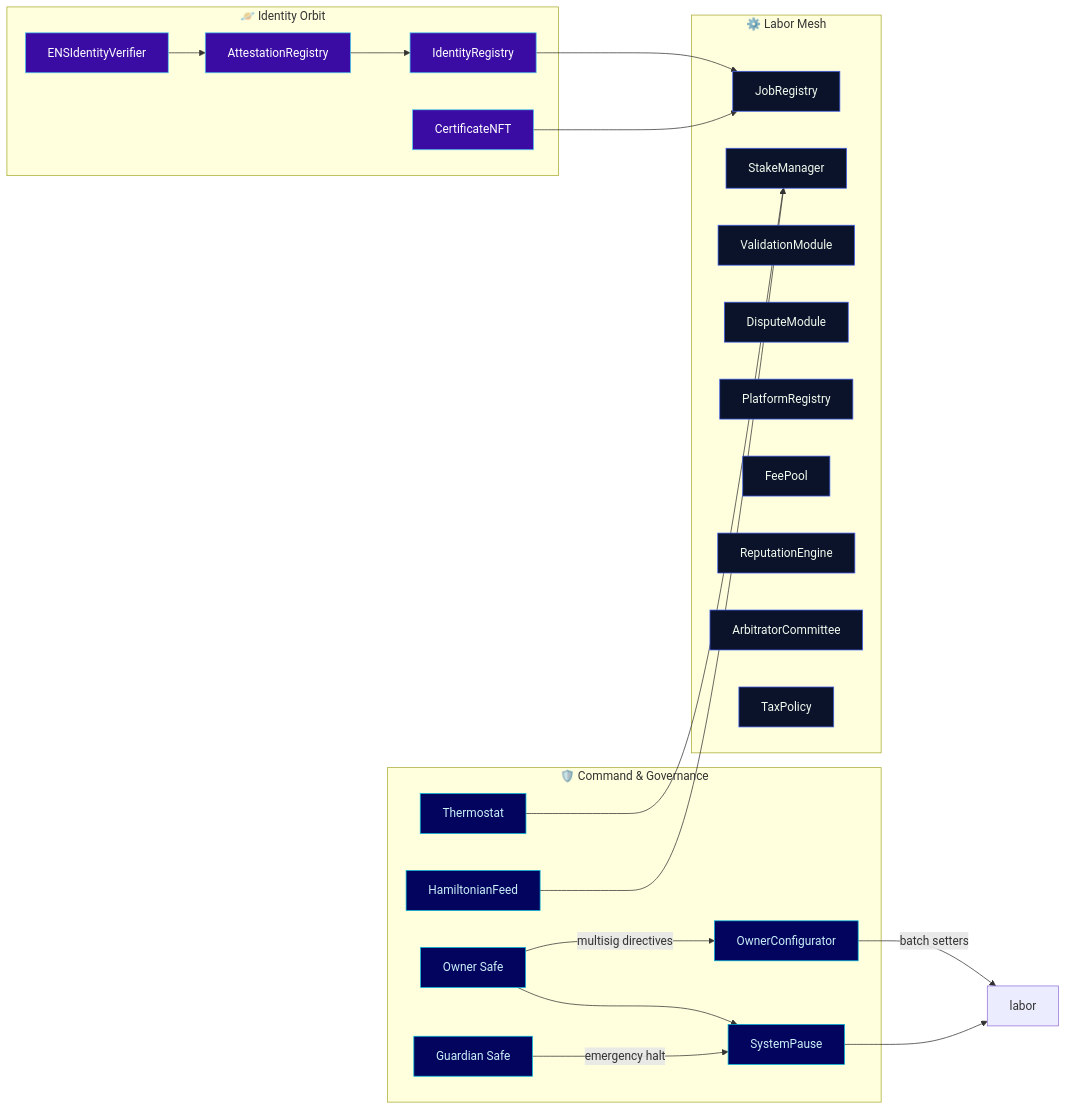
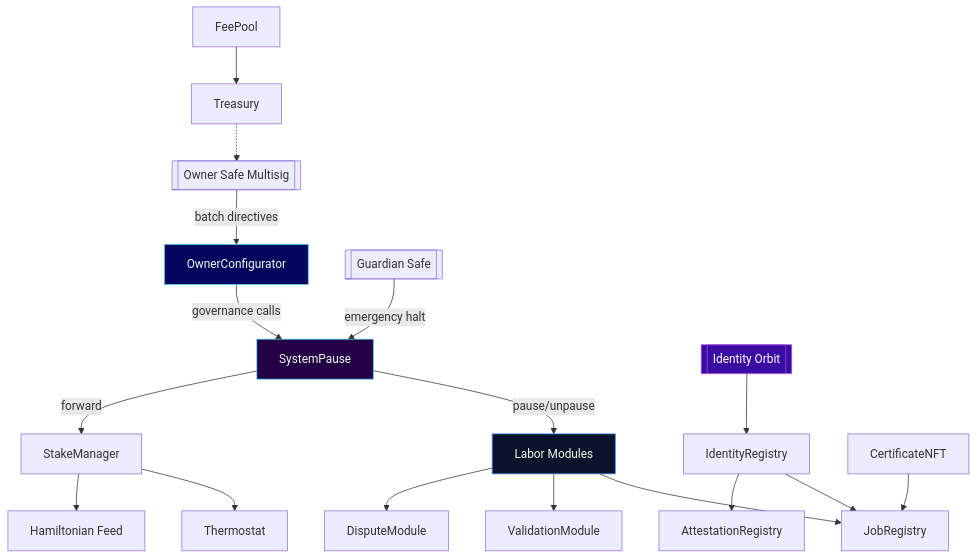
The first of 5 diagrams in README.md (MontrealAI/agijobs-sovereign-labor-v0p1), drawn with Mermaid before and after one commit. The commit also changed other lines of this file, not shown here.

````diff
--- a/README.md
+++ b/README.md
@@ -37,49 +40,23 @@
 ```mermaid
-flowchart LR
-    subgraph Command["🛡️ Command & Governance"]
-        ownerSafe[Owner Safe]
-        guardianSafe[Guardian Safe]
-        configurator[OwnerConfigurator]
-        pauseHub[SystemPause]
-        thermostat[Thermostat]
-        hamiltonian[HamiltonianFeed]
-    end
-
-    subgraph Labor["⚙️ Labor Mesh"]
-        jobRegistry[JobRegistry]
-        stakeManager[StakeManager]
-        validation[ValidationModule]
-        dispute[DisputeModule]
-        platformRegistry[PlatformRegistry]
-        feePool[FeePool]
-        reputation[ReputationEngine]
-        arbitrator[ArbitratorCommittee]
-        taxPolicy[TaxPolicy]
-    end
-
-    subgraph Identity["🪐 Identity Orbit"]
-        identityRegistry[IdentityRegistry]
-        attestation[AttestationRegistry]
-        certificate[CertificateNFT]
-        ensVerifier[ENSIdentityVerifier]
-    end
-
-    ownerSafe -->|multisig directives| configurator
-    configurator -->|batch setters| labor
-    ownerSafe --> pauseHub
-    guardianSafe -->|emergency halt| pauseHub
-    pauseHub --> labor
-    thermostat --> stakeManager
-    hamiltonian --> stakeManager
-    identityRegistry --> jobRegistry
-    attestation --> identityRegistry
-    certificate --> jobRegistry
-    ensVerifier --> attestation
-
-    classDef command fill:#03045e,stroke:#00b4d8,color:#caf0f8;
-    classDef labor fill:#0b132b,stroke:#4361ee,color:#f1faee;
-    classDef identity fill:#3a0ca3,stroke:#4cc9f0,color:#ffffff;
-    class ownerSafe,guardianSafe,configurator,pauseHub,thermostat,hamiltonian command;
-    class jobRegistry,stakeManager,validation,dispute,platformRegistry,feePool,reputation,arbitrator,taxPolicy labor;
-    class identityRegistry,attestation,certificate,ensVerifier identity;
+graph TD
+    OwnerSafe[[Owner Safe Multisig]] -->|batch directives| OwnerConfigurator
+    OwnerConfigurator -->|governance calls| SystemPause
+    GuardianSafe[[Guardian Safe]] -->|emergency halt| SystemPause
+    SystemPause -->|pause/unpause| ModuleMesh[Labor Modules]
+    SystemPause -->|forward| StakeManager
+    StakeManager --> Thermostat
+    StakeManager --> Hamiltonian[Hamiltonian Feed]
+    ModuleMesh --> JobRegistry
+    ModuleMesh --> ValidationModule
+    ModuleMesh --> DisputeModule
+    IdentityHub[[Identity Orbit]] --> IdentityRegistry
+    IdentityRegistry --> JobRegistry
+    IdentityRegistry --> AttestationRegistry
+    CertificateNFT --> JobRegistry
+    FeePool --> Treasury
+    Treasury -.-> OwnerSafe
+    style OwnerConfigurator fill:#03045e,stroke:#4cc9f0,color:#f1faee
+    style SystemPause fill:#240046,stroke:#4cc9f0,color:#f1faee
+    style ModuleMesh fill:#0b132b,stroke:#3a86ff,color:#f1faee
+    style IdentityHub fill:#3a0ca3,stroke:#9d4edd,color:#ffffff
 ```
````
